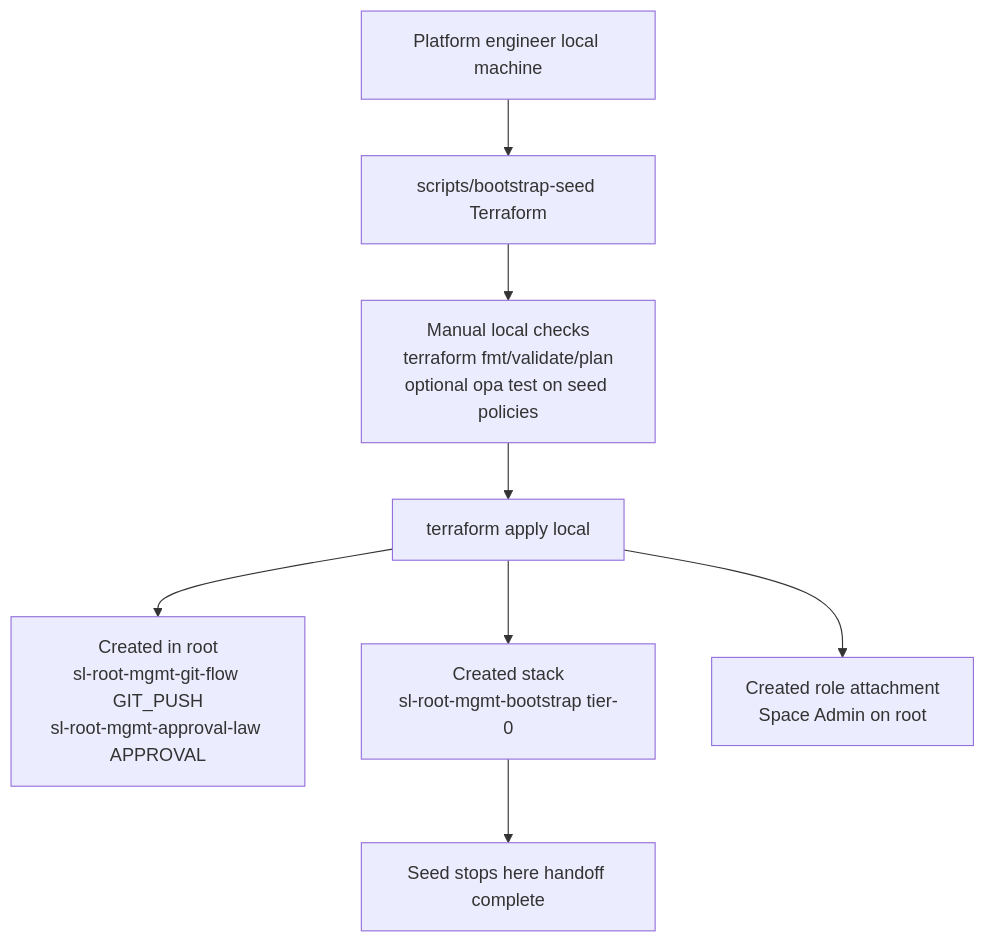
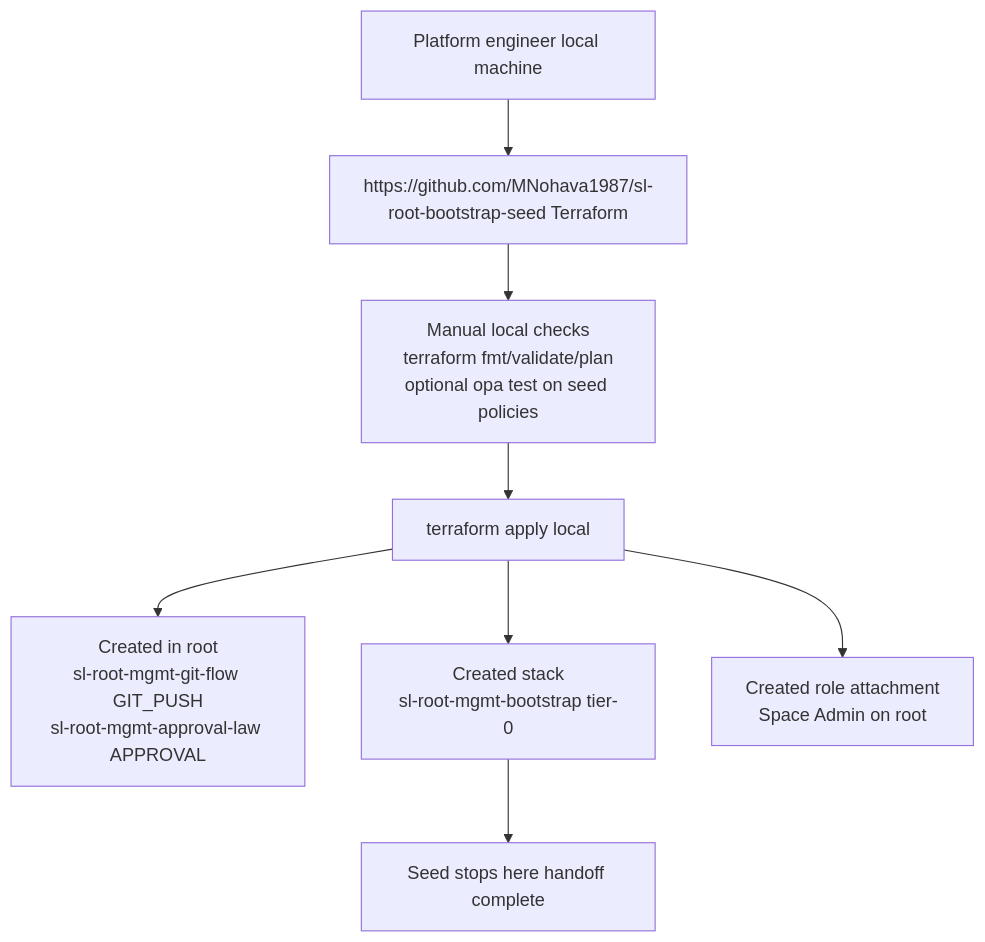
Before and after one commit to MNohava1987/sl-root-bootstrap: the first of 3 diagrams in docs/architecture.md, drawn with Mermaid. The commit also changed other lines of this file and 27 other files, not shown here.

````diff
--- a/docs/architecture.md
+++ b/docs/architecture.md
@@ -9,20 +9,20 @@
 ```mermaid
 flowchart TD
     Operator[Platform engineer local machine]
-    SeedCode[scripts/bootstrap-seed Terraform]
+    SeedCode[https://github.com/MNohava1987/sl-root-bootstrap-seed Terraform]
     LocalChecks[Manual local checks\nterraform fmt/validate/plan\noptional opa test on seed policies]
     Apply[terraform apply local]
     Stop[Seed stops here handoff complete]
 
     RootPolicies[Created in root\nsl-root-mgmt-git-flow GIT_PUSH\nsl-root-mgmt-approval-law APPROVAL]
     RootStack[Created stack\nsl-root-mgmt-bootstrap tier-0]
     RootRole[Created role attachment\nSpace Admin on root]
 
     Operator --> SeedCode
     SeedCode --> LocalChecks
     LocalChecks --> Apply
     Apply --> RootPolicies
     Apply --> RootStack
     Apply --> RootRole
     RootStack --> Stop
 ```
````
